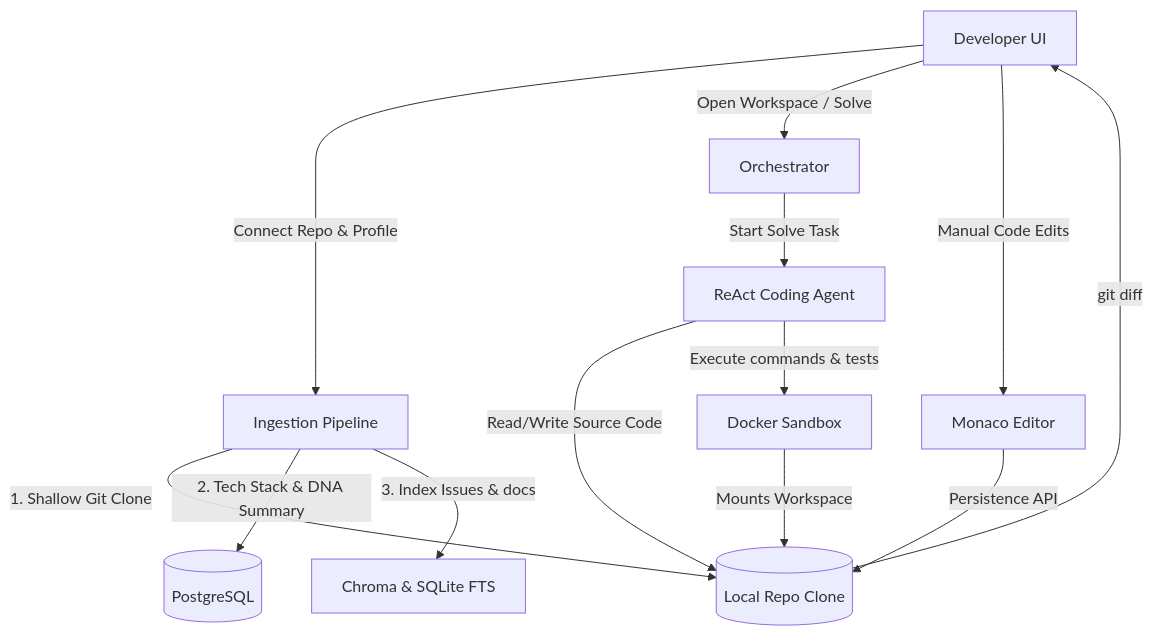
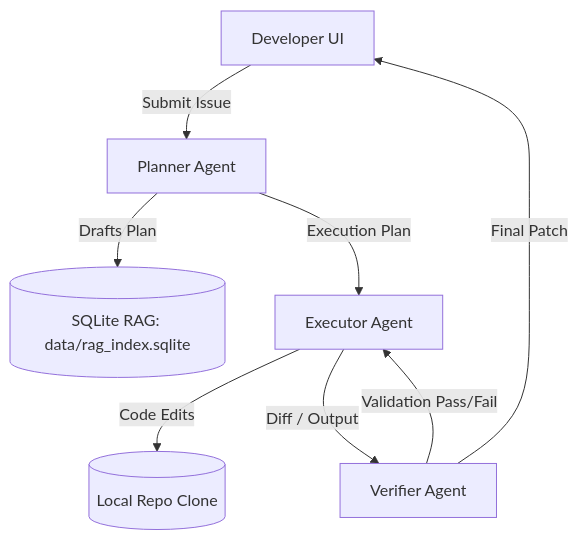
Before and after one commit to nik-shar/taskchain-orchestrator: the diagram in README.md, drawn with Mermaid. The commit also changed other lines of this file, not shown here.

````diff
--- a/README.md
+++ b/README.md
@@ -34,18 +30,10 @@
 ```mermaid
 graph TD
-    User[Developer UI] -->|Connect Repo & Profile| Ingestion[Ingestion Pipeline]
-    Ingestion -->|1. Shallow Git Clone| Repo[(Local Repo Clone)]
-    Ingestion -->|2. Tech Stack & DNA Summary| Postgres[(PostgreSQL)]
-    Ingestion -->|3. Index Issues & docs| Vector[Chroma & SQLite FTS]
-    
-    User -->|Open Workspace / Solve| Orch[Orchestrator]
-    Orch -->|Start Solve Task| Coding[ReAct Coding Agent]
-    
-    Coding -->|Read/Write Source Code| Repo
-    Coding -->|Execute commands & tests| Docker[Docker Sandbox]
-    Docker -->|Mounts Workspace| Repo
-    
-    Repo -->|git diff| User
-    User -->|Manual Code Edits| Monaco[Monaco Editor]
-    Monaco -->|Persistence API| Repo
+    User[Developer UI] -->|Submit Issue| Planner[Planner Agent]
+    Planner -->|Drafts Plan| DB[(SQLite RAG: data/rag_index.sqlite)]
+    Planner -->|Execution Plan| Executor[Executor Agent]
+    Executor -->|Code Edits| Repo[(Local Repo Clone)]
+    Executor -->|Diff / Output| Verifier[Verifier Agent]
+    Verifier -->|Validation Pass/Fail| Executor
+    Verifier -->|Final Patch| User
 ```
````
